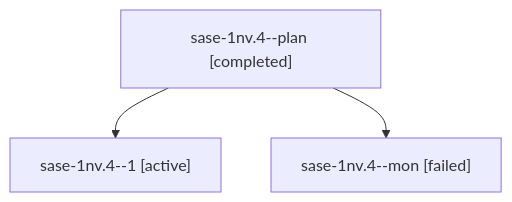
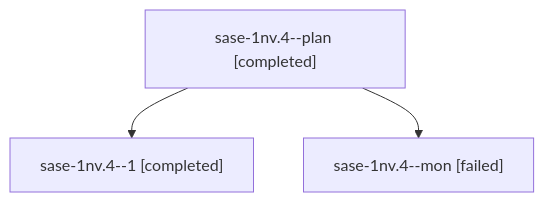
The diagram in sessions/bbugyi200.athena.sase-1nv.4.md (sase-org/sase--agents), drawn with Mermaid before and after one commit. The commit also changed other lines of this file and 56 other files, not shown here.

````diff
--- a/sessions/bbugyi200.athena.sase-1nv.4.md
+++ b/sessions/bbugyi200.athena.sase-1nv.4.md
@@ -9,8 +9,8 @@
 ```mermaid
 flowchart TD
   n0["sase-1nv.4--plan [completed]"]
-  n1["sase-1nv.4--1 [active]"]
+  n1["sase-1nv.4--1 [completed]"]
   n0 --> n1
   n2["sase-1nv.4--mon [failed]"]
   n0 --> n2
 ```
````
